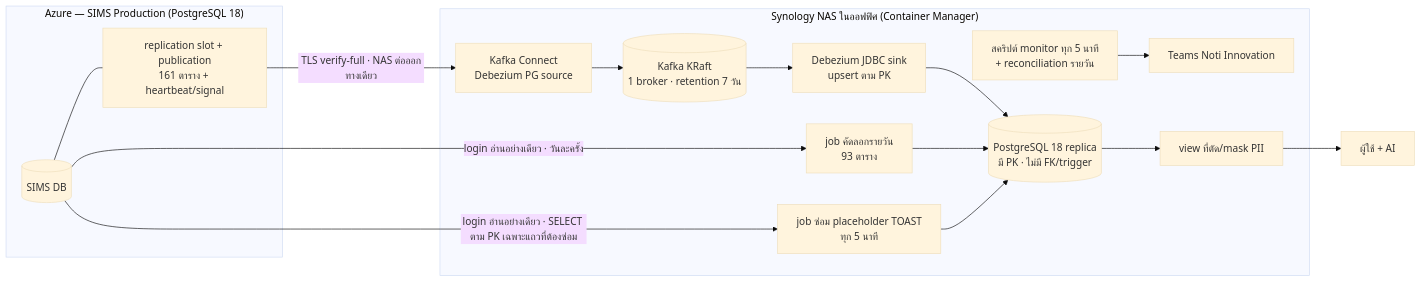
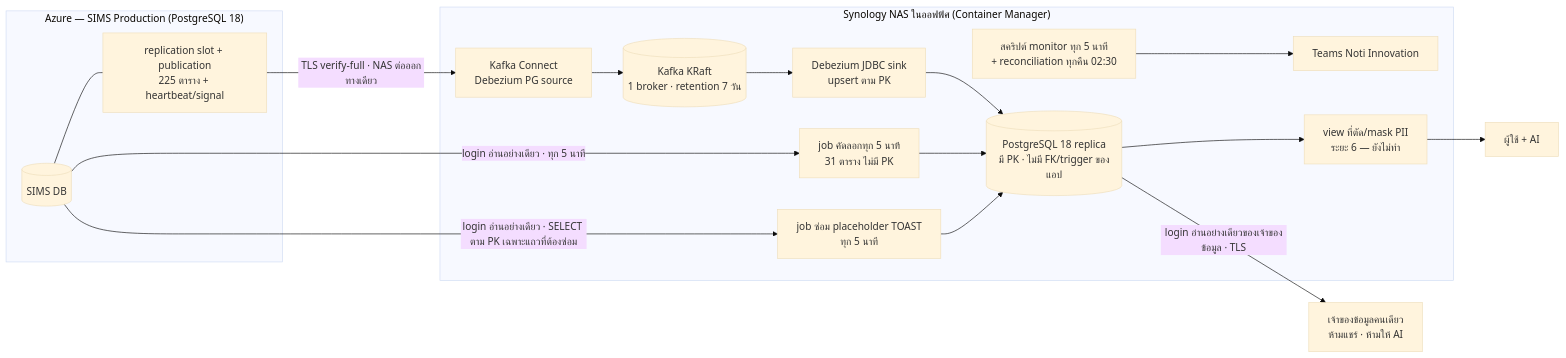
One commit to akkdach/FSRProtal changed the diagram in docs/RB-sims-cdc.md. Above: the diagram before and after it, drawn with Mermaid (base theme). The commit also changed other lines of this file and 2 other files, not shown here.

First line of the commit message:
Update SIMS CDC docs for go-live and the real-time scope

````diff
--- a/docs/RB-sims-cdc.md
+++ b/docs/RB-sims-cdc.md
@@ -34,19 +34,20 @@
 ```mermaid
 flowchart LR
   subgraph AZ["Azure — SIMS Production (PostgreSQL 18)"]
-    PG[(SIMS DB)] --- SLOT["replication slot + publication<br/>161 ตาราง + heartbeat/signal"]
+    PG[(SIMS DB)] --- SLOT["replication slot + publication<br/>225 ตาราง + heartbeat/signal"]
   end
   subgraph NAS["Synology NAS ในออฟฟิศ (Container Manager)"]
     SRC[Kafka Connect<br/>Debezium PG source] --> K[(Kafka KRaft<br/>1 broker · retention 7 วัน)]
     K --> SINK[Debezium JDBC sink<br/>upsert ตาม PK]
-    SINK --> REP[(PostgreSQL 18 replica<br/>มี PK · ไม่มี FK/trigger)]
-    COPY[job คัดลอกรายวัน<br/>93 ตาราง] --> REP
+    SINK --> REP[(PostgreSQL 18 replica<br/>มี PK · ไม่มี FK/trigger ของแอป)]
+    COPY[job คัดลอกทุก 5 นาที<br/>31 ตาราง ไม่มี PK] --> REP
     FIX[job ซ่อม placeholder TOAST<br/>ทุก 5 นาที] --> REP
-    MON[สคริปต์ monitor ทุก 5 นาที<br/>+ reconciliation รายวัน] --> TEAMS[Teams Noti Innovation]
-    REP --> V[view ที่ตัด/mask PII]
+    MON[สคริปต์ monitor ทุก 5 นาที<br/>+ reconciliation ทุกคืน 02:30] --> TEAMS[Teams Noti Innovation]
+    REP --> V[view ที่ตัด/mask PII<br/>ระยะ 6 — ยังไม่ทำ]
   end
   SLOT -- "TLS verify-full · NAS ต่อออกทางเดียว" --> SRC
-  PG -- "login อ่านอย่างเดียว · วันละครั้ง" --> COPY
+  PG -- "login อ่านอย่างเดียว · ทุก 5 นาที" --> COPY
   PG -- "login อ่านอย่างเดียว · SELECT ตาม PK เฉพาะแถวที่ต้องซ่อม" --> FIX
   V --> AI[ผู้ใช้ + AI]
+  REP -- "login อ่านอย่างเดียวของเจ้าของข้อมูล · TLS" --> OWN[เจ้าของข้อมูลคนเดียว<br/>ห้ามแชร์ · ห้ามให้ AI]
 ```
````
